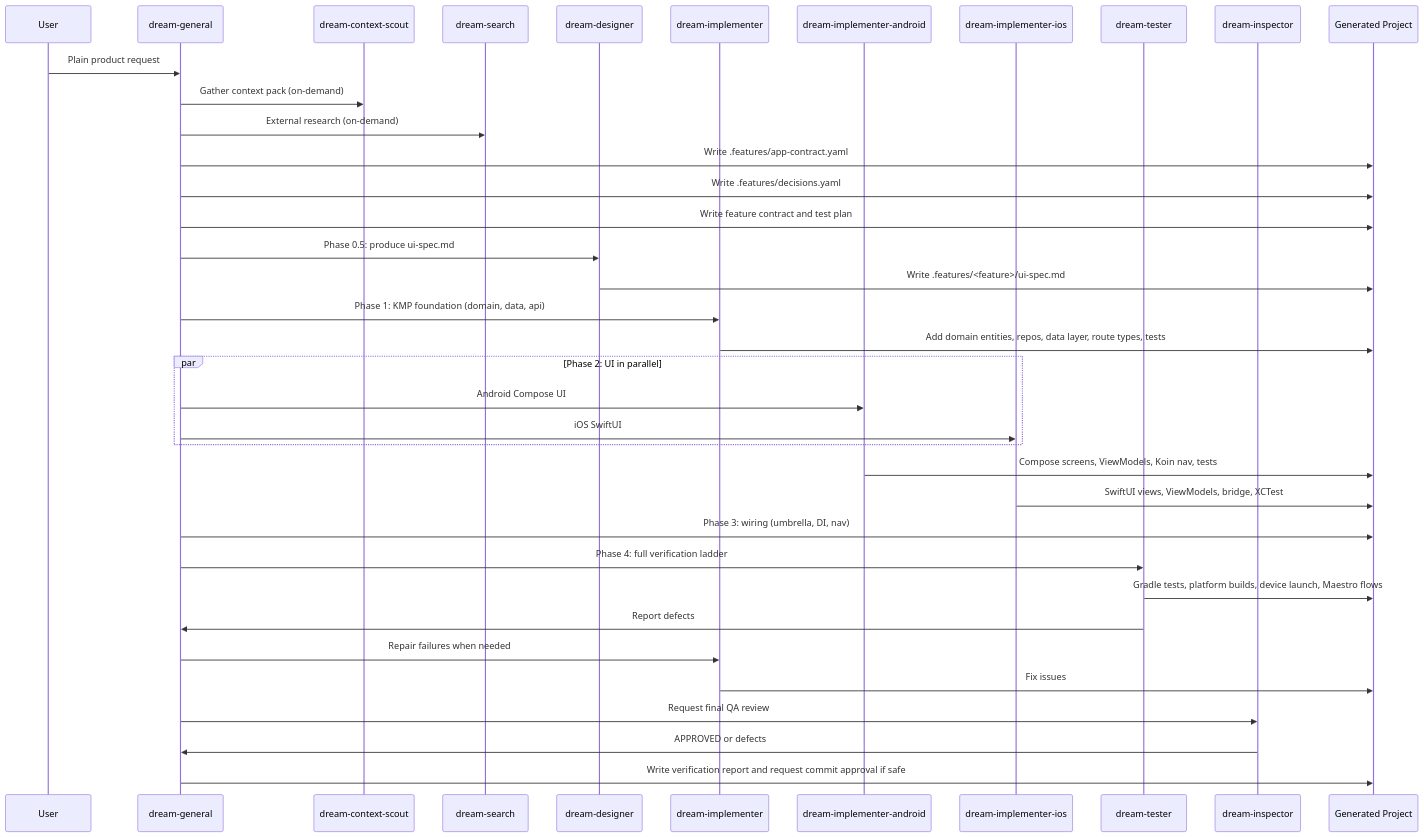
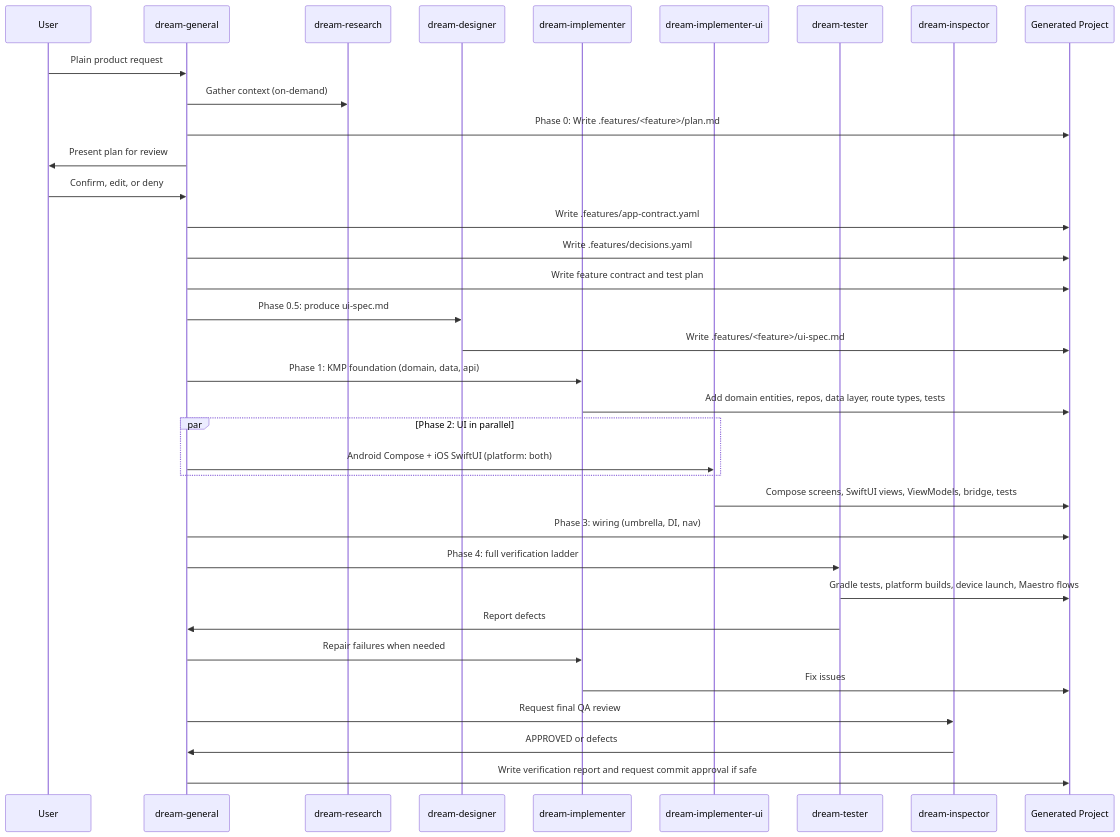
One commit to Helmy2/Dream changed the third of 8 diagrams in ONBOARDING.md. Above: the diagram before and after it, drawn with Mermaid. The commit also changed other lines of this file and 2 other files, not shown here.

````diff
--- a/ONBOARDING.md
+++ b/ONBOARDING.md
@@ -68,40 +66,38 @@
 ```mermaid
 sequenceDiagram
     participant User
     participant General as dream-general
-    participant Scout as dream-context-scout
-    participant Search as dream-search
+    participant Research as dream-research
     participant Designer as dream-designer
     participant Impl as dream-implementer
-    participant ImplA as dream-implementer-android
-    participant ImplI as dream-implementer-ios
+    participant ImplUI as dream-implementer-ui
     participant Tester as dream-tester
     participant Inspector as dream-inspector
     participant Project as Generated Project
 
     User->>General: Plain product request
-    General->>Scout: Gather context pack (on-demand)
-    General->>Search: External research (on-demand)
+    General->>Research: Gather context (on-demand)
+    General->>Project: Phase 0: Write .features/<feature>/plan.md
+    General->>User: Present plan for review
+    User->>General: Confirm, edit, or deny
     General->>Project: Write .features/app-contract.yaml
     General->>Project: Write .features/decisions.yaml
     General->>Project: Write feature contract and test plan
     General->>Designer: Phase 0.5: produce ui-spec.md
     Designer->>Project: Write .features/<feature>/ui-spec.md
     General->>Impl: Phase 1: KMP foundation (domain, data, api)
     Impl->>Project: Add domain entities, repos, data layer, route types, tests
     par Phase 2: UI in parallel
-        General->>ImplA: Android Compose UI
-        General->>ImplI: iOS SwiftUI
+        General->>ImplUI: Android Compose + iOS SwiftUI (platform: both)
     end
-    ImplA->>Project: Compose screens, ViewModels, Koin nav, tests
-    ImplI->>Project: SwiftUI views, ViewModels, bridge, XCTest
+    ImplUI->>Project: Compose screens, SwiftUI views, ViewModels, bridge, tests
     General->>Project: Phase 3: wiring (umbrella, DI, nav)
     General->>Tester: Phase 4: full verification ladder
     Tester->>Project: Gradle tests, platform builds, device launch, Maestro flows
     Tester->>General: Report defects
     General->>Impl: Repair failures when needed
     Impl->>Project: Fix issues
     General->>Inspector: Request final QA review
     Inspector->>General: APPROVED or defects
     General->>Project: Write verification report and request commit approval if safe
 ```
````
